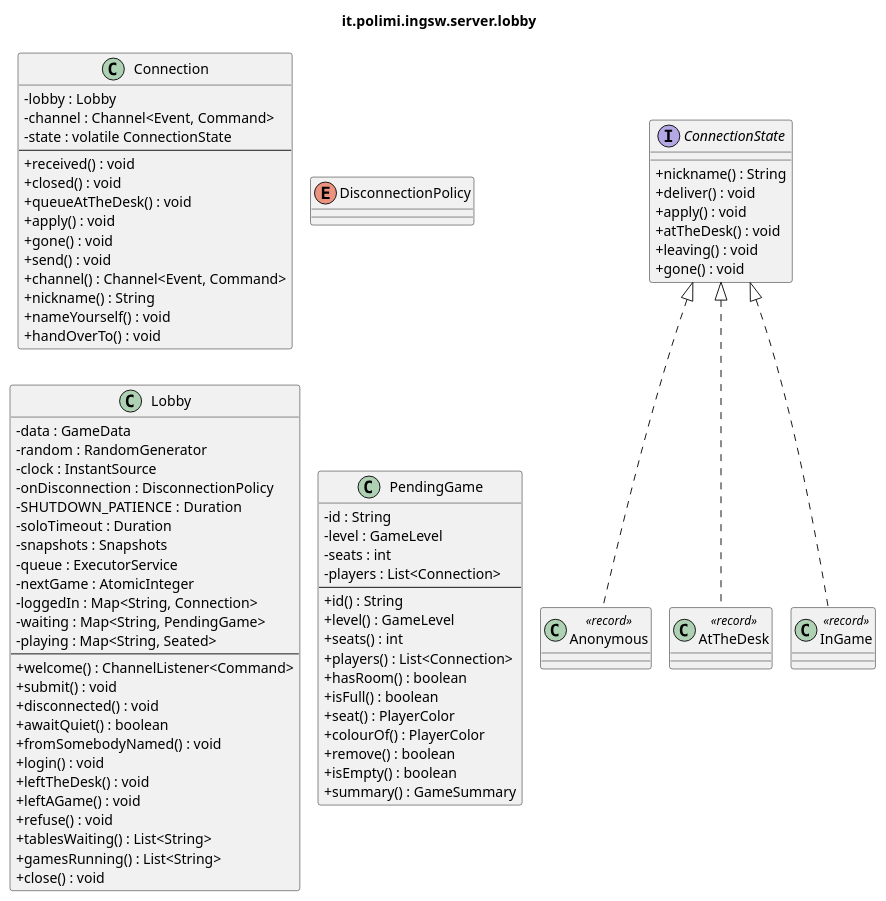
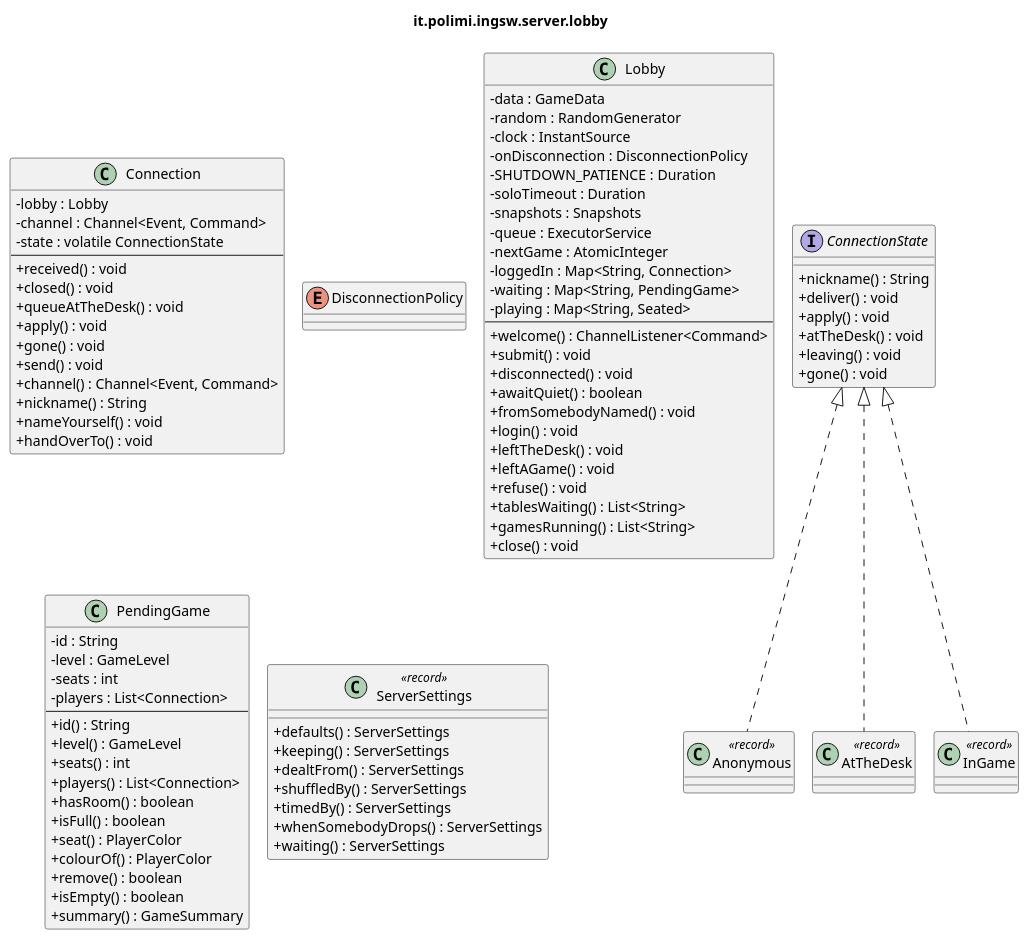
The diagram in docs/uml/detailed/server-lobby.puml (samuelesegrini/ing-sw-2025-segrini-terribile-varricchio-zanca), drawn with PlantUML before and after one commit. The commit also changed 10 other files, not shown here.

```diff
--- a/docs/uml/detailed/server-lobby.puml
+++ b/docs/uml/detailed/server-lobby.puml
@@ -1,89 +1,98 @@
 @startuml it_polimi_ingsw_server_lobby
 ' Generated by tools/uml/generate-detailed.py. Do not edit by hand.
 !pragma layout smetana
 skinparam shadowing false
 skinparam classAttributeIconSize 0
 title it.polimi.ingsw.server.lobby
 
 class Connection {
   -lobby : Lobby
   -channel : Channel<Event, Command>
   -state : volatile ConnectionState
   --
   +received() : void
   +closed() : void
   +queueAtTheDesk() : void
   +apply() : void
   +gone() : void
   +send() : void
   +channel() : Channel<Event, Command>
   +nickname() : String
   +nameYourself() : void
   +handOverTo() : void
 }
 interface ConnectionState {
   +nickname() : String
   +deliver() : void
   +apply() : void
   +atTheDesk() : void
   +leaving() : void
   +gone() : void
 }
 class Anonymous <<record>> {
 }
 class AtTheDesk <<record>> {
 }
 class InGame <<record>> {
 }
 enum DisconnectionPolicy {
 }
 class Lobby {
   -data : GameData
   -random : RandomGenerator
   -clock : InstantSource
   -onDisconnection : DisconnectionPolicy
   -SHUTDOWN_PATIENCE : Duration
   -soloTimeout : Duration
   -snapshots : Snapshots
   -queue : ExecutorService
   -nextGame : AtomicInteger
   -loggedIn : Map<String, Connection>
   -waiting : Map<String, PendingGame>
   -playing : Map<String, Seated>
   --
   +welcome() : ChannelListener<Command>
   +submit() : void
   +disconnected() : void
   +awaitQuiet() : boolean
   +fromSomebodyNamed() : void
   +login() : void
   +leftTheDesk() : void
   +leftAGame() : void
   +refuse() : void
   +tablesWaiting() : List<String>
   +gamesRunning() : List<String>
   +close() : void
 }
 class PendingGame {
   -id : String
   -level : GameLevel
   -seats : int
   -players : List<Connection>
   --
   +id() : String
   +level() : GameLevel
   +seats() : int
   +players() : List<Connection>
   +hasRoom() : boolean
   +isFull() : boolean
   +seat() : PlayerColor
   +colourOf() : PlayerColor
   +remove() : boolean
   +isEmpty() : boolean
   +summary() : GameSummary
 }
+class ServerSettings <<record>> {
+  +defaults() : ServerSettings
+  +keeping() : ServerSettings
+  +dealtFrom() : ServerSettings
+  +shuffledBy() : ServerSettings
+  +timedBy() : ServerSettings
+  +whenSomebodyDrops() : ServerSettings
+  +waiting() : ServerSettings
+}
 
 ConnectionState <|.. Anonymous
 ConnectionState <|.. AtTheDesk
 ConnectionState <|.. InGame
 @enduml
```
